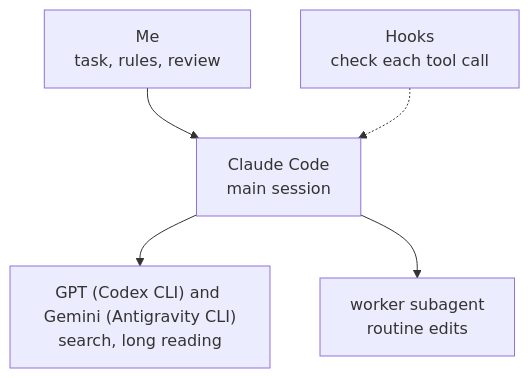
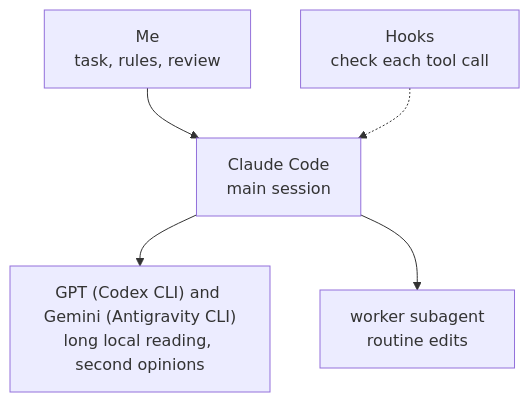
The diagram in docs/features.md (tigran-martirosian/ai-coding-setup), drawn with Mermaid before and after one commit. The commit also changed other lines of this file and 52 other files, not shown here.

````diff
--- a/docs/features.md
+++ b/docs/features.md
@@ -34,12 +32,12 @@
 ```mermaid
 flowchart TD
   me["Me<br>task, rules, review"]
   hooks["Hooks<br>check each tool call"]
   main["Claude Code<br>main session"]
-  ext["GPT (Codex CLI) and Gemini (Antigravity CLI)<br>search, long reading"]
+  ext["GPT (Codex CLI) and Gemini (Antigravity CLI)<br>long local reading, second opinions"]
   worker["worker subagent<br>routine edits"]
   me --> main
   hooks -.-> main
   main --> ext
   main --> worker
 ```
````
